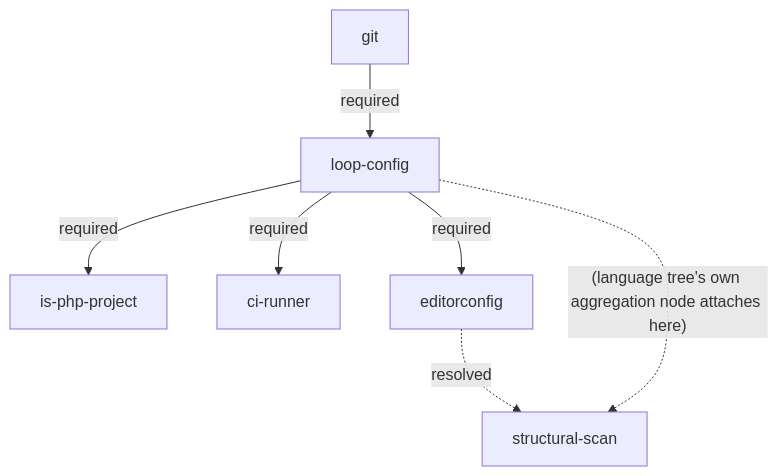
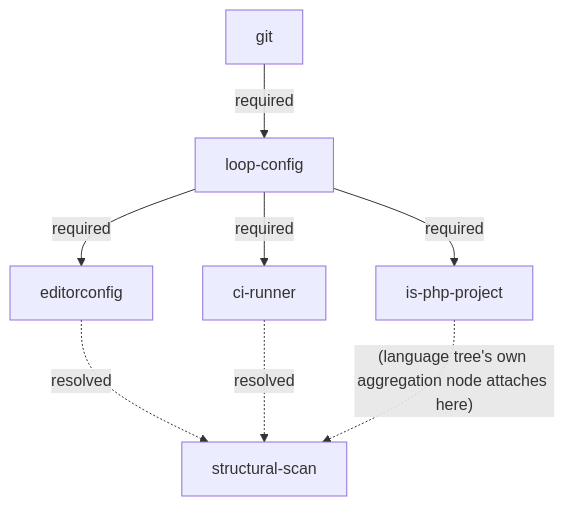
Before and after one commit to Art4/continuous-refactoring: the diagram in skills/refactor-scan/references/tooling-tree.md, drawn with Mermaid. The commit also changed other lines of this file and 7 other files, not shown here.

````diff
--- a/skills/refactor-scan/references/tooling-tree.md
+++ b/skills/refactor-scan/references/tooling-tree.md
@@ -7,16 +7,17 @@
 ```mermaid
 graph TD
     git[git]
     lc[loop-config]
     ipp[is-php-project]
     ci[ci-runner]
     edc[editorconfig]
     ss[structural-scan]
 
     git -->|required| lc
     lc -->|required| ipp
     lc -->|required| ci
     lc -->|required| edc
     edc -.->|resolved| ss
-    lc -.->|"(language tree's own aggregation node attaches here)"| ss
+    ci -.->|resolved| ss
+    ipp -.->|"(language tree's own aggregation node attaches here)"| ss
 ```
````
